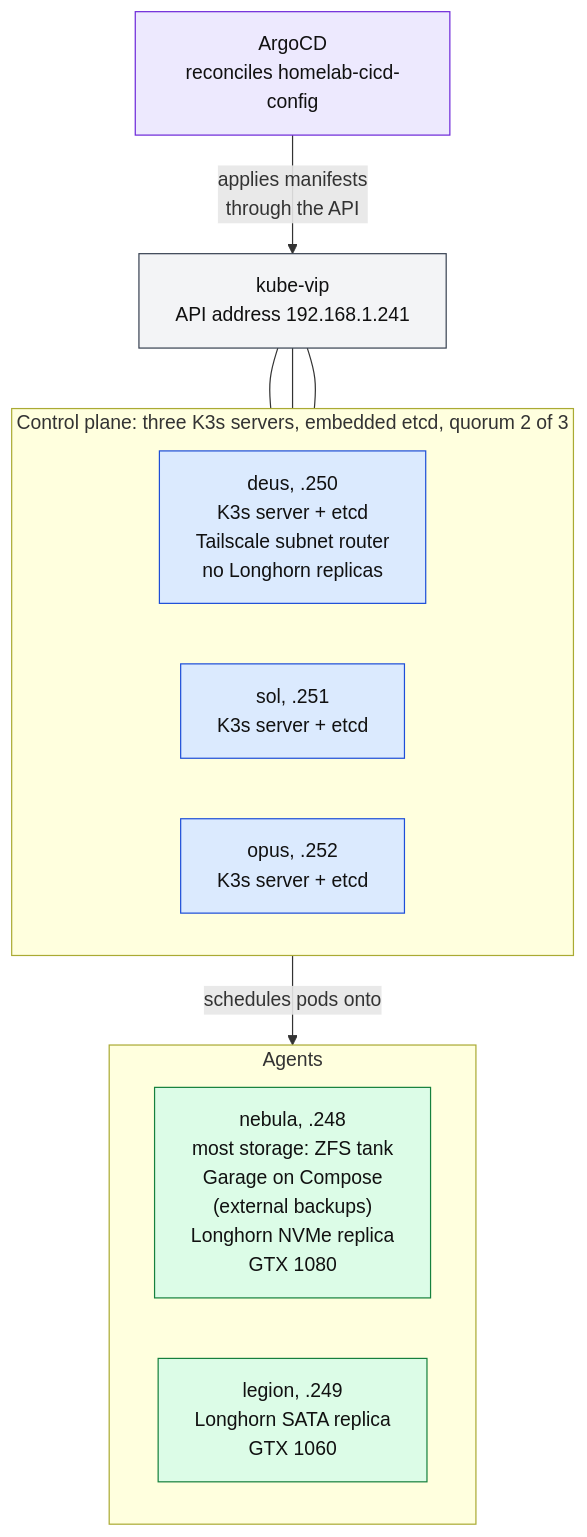
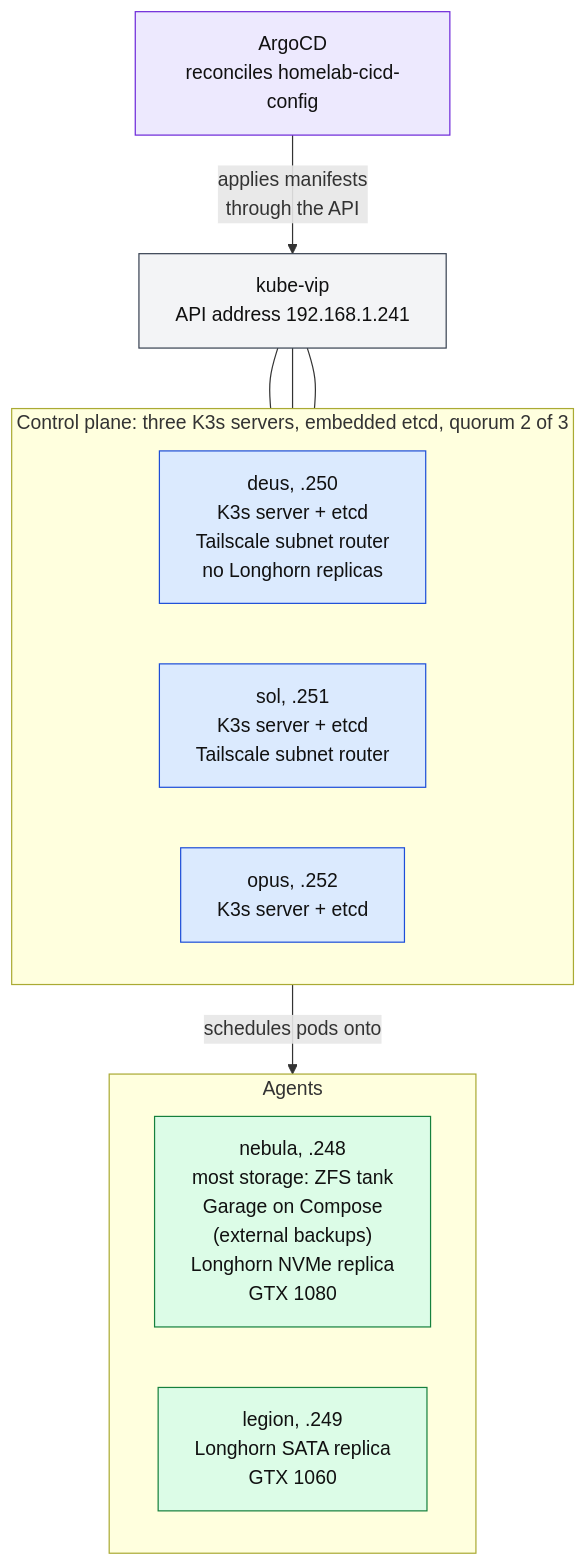
Before and after one commit to home-compute-cluster/docs: the second of 5 diagrams in docs/system-architecture/home-cluster.md, drawn with Mermaid. The commit also changed other lines of this file and 9 other files, not shown here.

````diff
--- a/docs/system-architecture/home-cluster.md
+++ b/docs/system-architecture/home-cluster.md
@@ -157,35 +165,35 @@
 ```mermaid
 flowchart TB
     subgraph cp["Control plane: three K3s servers, embedded etcd, quorum 2 of 3"]
         direction LR
         deus["deus, .250<br/>K3s server + etcd<br/>Tailscale subnet router<br/>no Longhorn replicas"]
-        sol["sol, .251<br/>K3s server + etcd"]
+        sol["sol, .251<br/>K3s server + etcd<br/>Tailscale subnet router"]
         opus["opus, .252<br/>K3s server + etcd"]
     end
 
     vip["kube-vip<br/>API address 192.168.1.241"]
 
     subgraph agents["Agents"]
         direction LR
         nebula["nebula, .248<br/>most storage: ZFS tank<br/>Garage on Compose<br/>(external backups)<br/>Longhorn NVMe replica<br/>GTX 1080"]
         legion["legion, .249<br/>Longhorn SATA replica<br/>GTX 1060"]
     end
 
     argo["ArgoCD<br/>reconciles homelab-cicd-config"]
 
     vip --- deus
     vip --- sol
     vip --- opus
     argo -->|"applies manifests<br/>through the API"| vip
     cp -->|"schedules pods onto"| agents
 
     classDef control fill:#dbeafe,stroke:#1d4ed8,color:#111
     classDef worker fill:#dcfce7,stroke:#15803d,color:#111
     classDef git fill:#ede9fe,stroke:#6d28d9,color:#111
     classDef vipc fill:#f3f4f6,stroke:#374151,color:#111
 
     class deus,sol,opus control
     class nebula,legion worker
     class argo git
     class vip vipc
 ```
````
